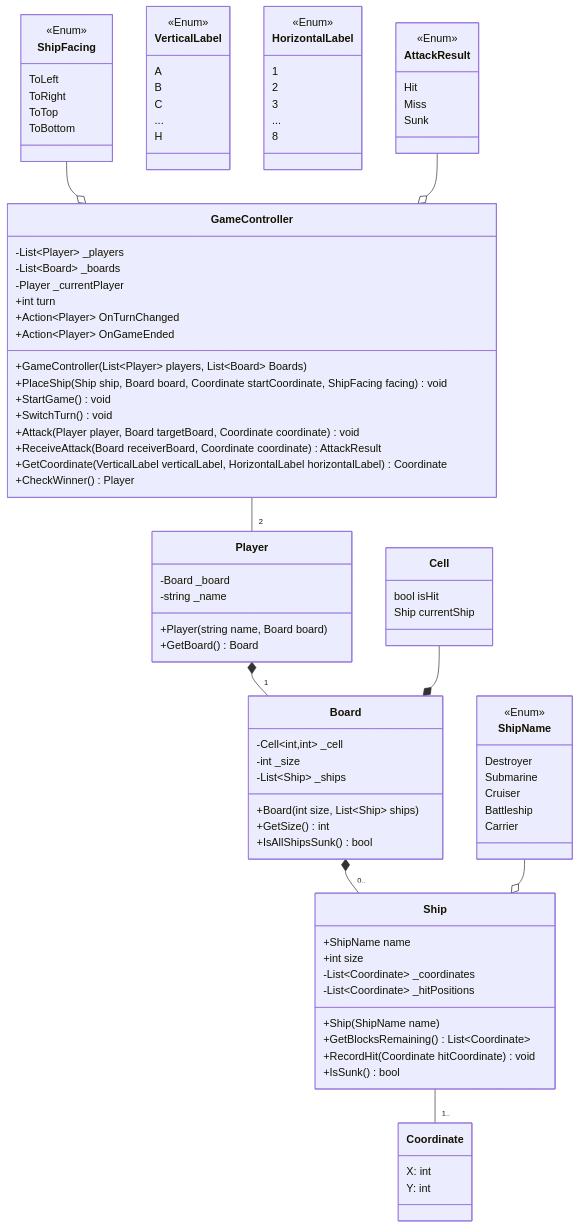
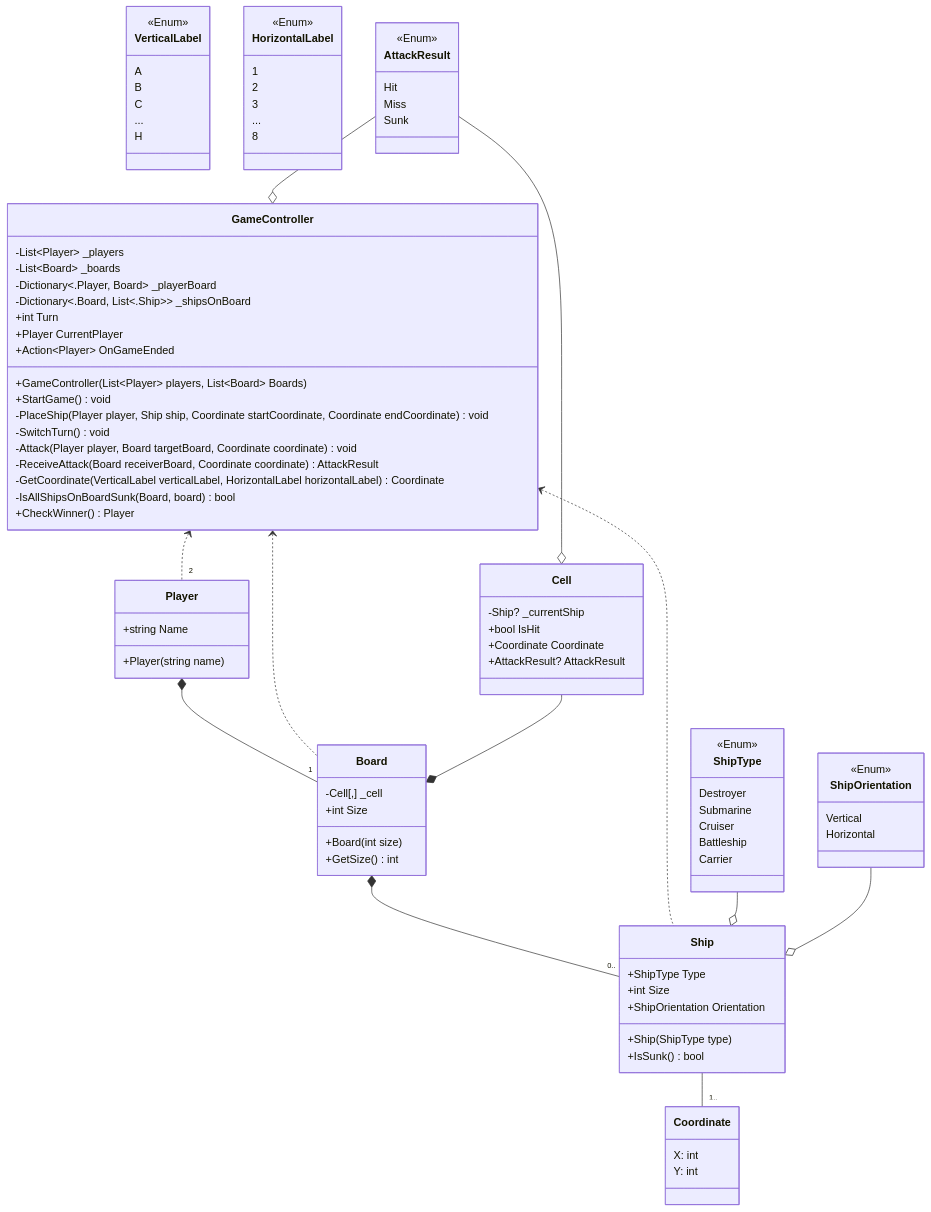
Before and after one commit to Zulfaabam/bootcamp-formulatrix: the diagram in battleships.md, drawn with Mermaid.

````diff
--- a/battleships.md
+++ b/battleships.md
@@ -10,29 +10,24 @@
     }
 
     class Ship {
-        +ShipName name
-        +int size
-        -List~Coordinate~ _coordinates
-        -List~Coordinate~ _hitPositions
-        +Ship(ShipName name)
-        +GetBlocksRemaining() List~Coordinate~
-        +RecordHit(Coordinate hitCoordinate) void
+        +ShipType Type
+        +int Size
+        +ShipOrientation Orientation
+        +Ship(ShipType type)
         +IsSunk() bool
     }
 
-    class ShipName {
+    class ShipOrientation {
+        Vertical
+        Horizontal
+    }
+
+    class ShipType {
         Destroyer
         Submarine
         Cruiser
         Battleship
         Carrier
-    }
-
-    class ShipFacing {
-        ToLeft
-        ToRight
-        ToTop
-        ToBottom
     }
 
     class VerticalLabel {
@@ -52,19 +47,15 @@
     }
 
     class Player {
-        -Board _board
-        -string _name
-        +Player(string name, Board board)
-        +GetBoard() Board
+        +string Name
+        +Player(string name)
     }
 
     class Board {
-        -Cell~int,int~ _cell
-        -int _size
-        -List~Ship~ _ships
-        +Board(int size, List~Ship~ ships)
+        -Cell[,] _cell
+        +int Size
+        +Board(int size)
         +GetSize() int
-        +IsAllShipsSunk() bool
     }
 
     class AttackResult {
@@ -74,39 +65,46 @@
     }
 
     class Cell {
-        bool isHit
-        Ship currentShip
+        -Ship? _currentShip
+        +bool IsHit
+        +Coordinate Coordinate
+        +AttackResult? AttackResult
     }
 
     class GameController {
         -List~Player~ _players
         -List~Board~ _boards
-        -Player _currentPlayer
-        +int turn
-        +Action~Player~ OnTurnChanged
+        -Dictionary<.Player, Board> _playerBoard
+        -Dictionary<.Board, List<.Ship>> _shipsOnBoard
+        +int Turn
+        +Player CurrentPlayer
         +Action~Player~ OnGameEnded
         +GameController(List~Player~ players, List~Board~ Boards)
-        +PlaceShip(Ship ship, Board board, Coordinate startCoordinate, ShipFacing facing) void
         +StartGame() void
-        +SwitchTurn() void
-        +Attack(Player player, Board targetBoard, Coordinate coordinate) void
-        +ReceiveAttack(Board receiverBoard, Coordinate coordinate) AttackResult
-        +GetCoordinate(VerticalLabel verticalLabel, HorizontalLabel horizontalLabel) Coordinate
+        -PlaceShip(Player player, Ship ship, Coordinate startCoordinate, Coordinate endCoordinate) void
+        -SwitchTurn() void
+        -Attack(Player player, Board targetBoard, Coordinate coordinate) void
+        -ReceiveAttack(Board receiverBoard, Coordinate coordinate) AttackResult
+        -GetCoordinate(VerticalLabel verticalLabel, HorizontalLabel horizontalLabel) Coordinate
+        -IsAllShipsOnBoardSunk(Board, board) bool
         +CheckWinner() Player
     }
 
-    <<Enum>> ShipName
-    <<Enum>> ShipFacing
+    <<Enum>> ShipType
     <<Enum>> AttackResult
     <<Enum>> VerticalLabel
     <<Enum>> HorizontalLabel
+    <<Enum>> ShipOrientation
 
     Player *-- "1" Board
     Board *-- "0.." Ship
     Ship -- "1.." Coordinate
-    GameController -- "2" Player
-    ShipName --o Ship
-    ShipFacing --o GameController
+    GameController <.. "2" Player
+    GameController <.. Board
+    GameController <.. Ship
+    ShipType --o Ship
+    ShipOrientation --o Ship
     AttackResult --o GameController
+    AttackResult --o Cell
     Cell --* Board
 ```
````
